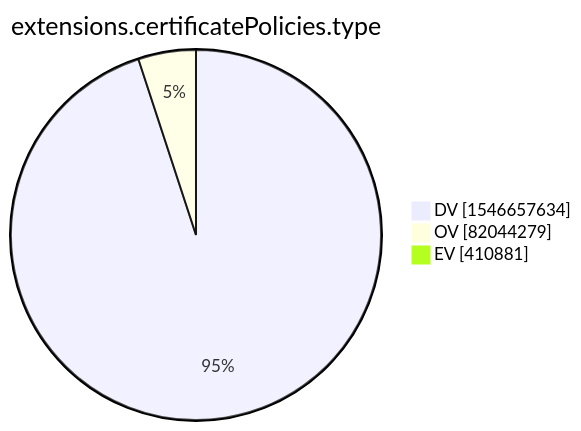
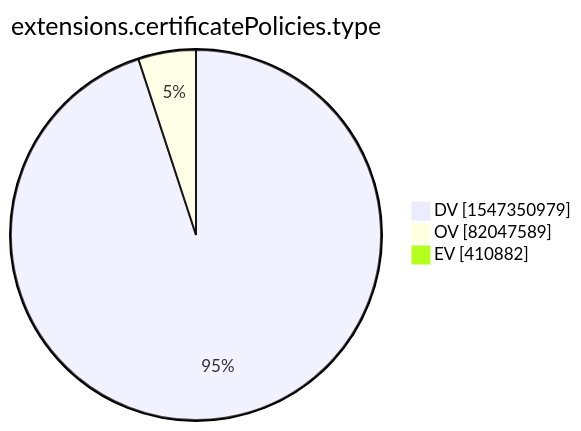
One commit to christiankrug/ctmonitor_visualization changed the tenth of 15 diagrams in xenon2022/README.md. Above: the diagram before and after it, drawn with Mermaid. The commit also changed other lines of this file, not shown here.

````diff
--- a/xenon2022/README.md
+++ b/xenon2022/README.md
@@ -2876,7 +2876,7 @@
 ```mermaid
 pie showData
 title extensions.certificatePolicies.type
-"DV" :1546657634
-"OV" :82044279
-"EV" :410881
+"DV" :1547350979
+"OV" :82047589
+"EV" :410882
 ```
````
